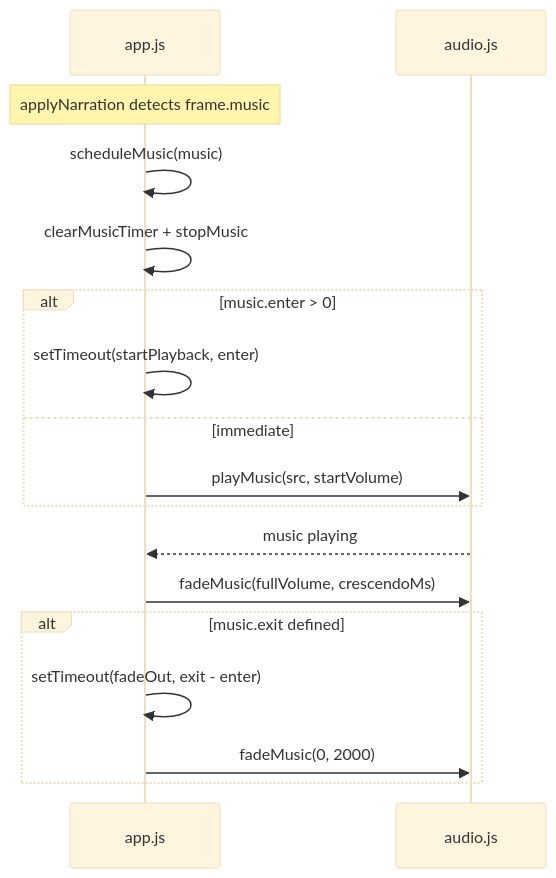
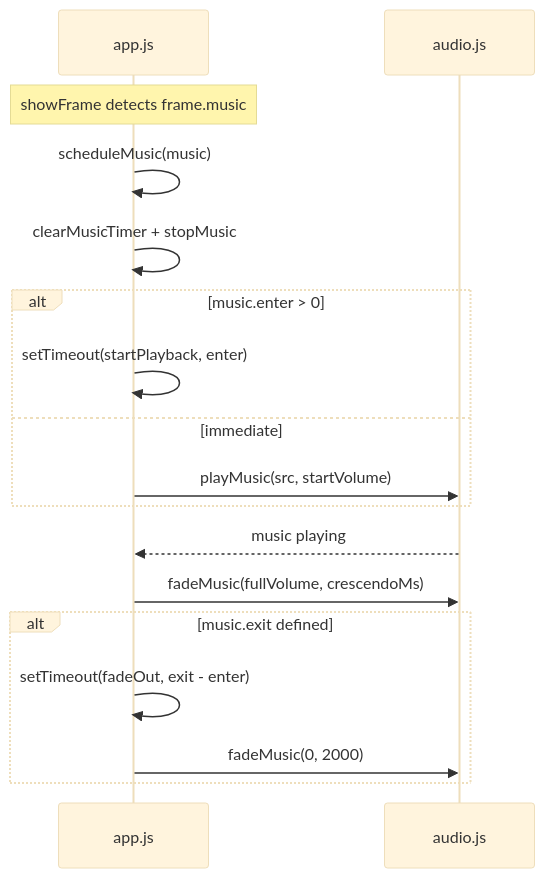
The fourth of 4 diagrams in docs/audio-system.md (anchildress1/carbon-trace), drawn with Mermaid (base theme) before and after one commit. The commit also changed other lines of this file and 43 other files, not shown here.

````diff
--- a/docs/audio-system.md
+++ b/docs/audio-system.md
@@ -115,23 +115,23 @@
 ```mermaid
 sequenceDiagram
     participant App as app.js
     participant Audio as audio.js
 
-    Note over App: applyNarration detects frame.music
+    Note over App: showFrame detects frame.music
     App->>App: scheduleMusic(music)
     App->>App: clearMusicTimer + stopMusic
 
     alt music.enter > 0
         App->>App: setTimeout(startPlayback, enter)
     else immediate
         App->>Audio: playMusic(src, startVolume)
     end
 
     Audio-->>App: music playing
     App->>Audio: fadeMusic(fullVolume, crescendoMs)
 
     alt music.exit defined
         App->>App: setTimeout(fadeOut, exit - enter)
         App->>Audio: fadeMusic(0, 2000)
     end
 ```
````
